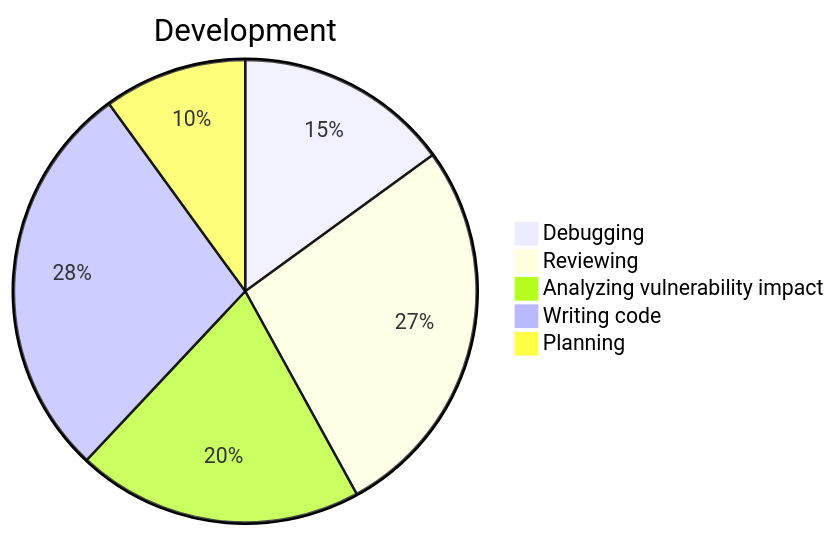
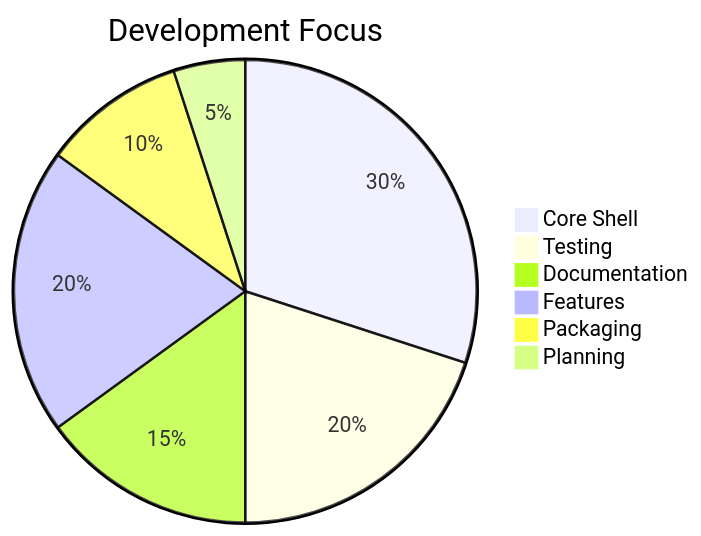
One commit to SYOP200/astra changed the diagram in README.md. Above: the diagram before and after it, drawn with Mermaid. The commit also changed other lines of this file, not shown here.

````diff
--- a/README.md
+++ b/README.md
@@ -209,8 +221,9 @@
 ```mermaid
-pie title Development
-    "Debugging" : 15
-    "Reviewing" : 27
-    "Analyzing vulnerability impact" : 20
-    "Writing code" : 28
-    "Planning" : 10
+pie title Development Focus
+    "Core Shell" : 30
+    "Testing" : 20
+    "Documentation" : 15
+    "Features" : 20
+    "Packaging" : 10
+    "Planning" : 5
 ```
````
